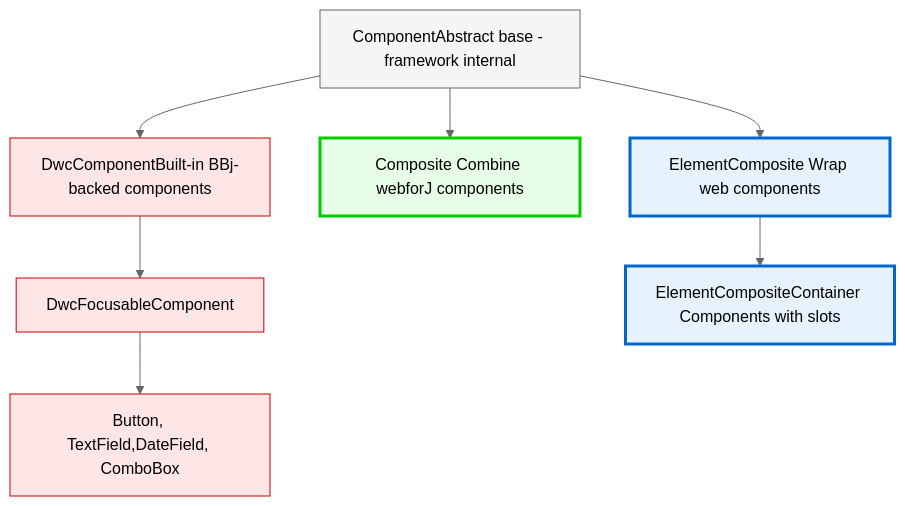
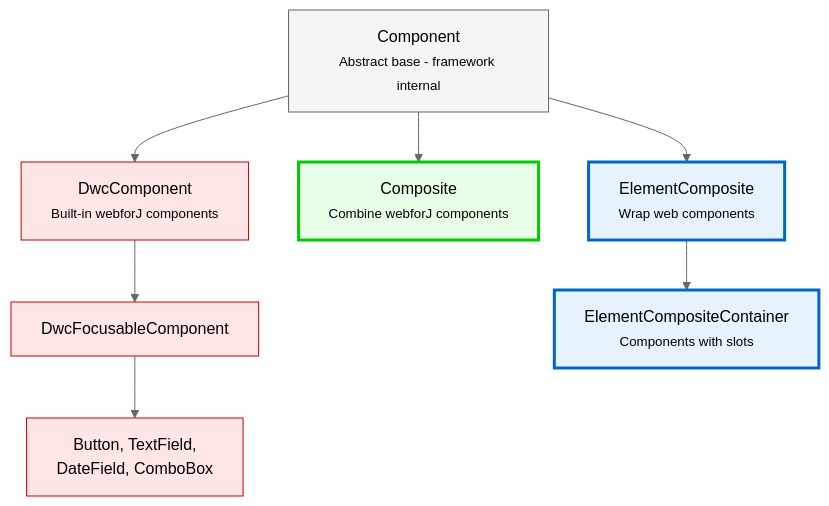
One commit to webforj/webforj-documentation changed the diagram in docs/docs/building-ui/component-fundamentals.md. Above: the diagram before and after it, drawn with Mermaid (neutral theme). The commit also changed other lines of this file and 4 other files, not shown here.

````diff
--- a/docs/docs/building-ui/component-fundamentals.md
+++ b/docs/docs/building-ui/component-fundamentals.md
@@ -55,24 +54,24 @@
 ```mermaid
 graph TD
-    A[ComponentAbstract base - framework internal]
+    A[Component<br/><small>Abstract base - framework internal</small>]
     
-    A --> B[DwcComponentBuilt-in BBj-backed components]
-    A --> C[Composite Combine webforJ components]
-    A --> D[ElementComposite Wrap web components]
+    A --> B[DwcComponent<br/><small>Built-in webforJ components</small>]
+    A --> C[Composite<br/><small>Combine webforJ components</small>]
+    A --> D[ElementComposite<br/><small>Wrap web components</small>]
     
     B --> E[DwcFocusableComponent]
-    E --> F[Button, TextField,DateField, ComboBox]
+    E --> F[Button, TextField,<br/>DateField, ComboBox]
     
-    D --> G[ElementCompositeContainer Components with slots]
+    D --> G[ElementCompositeContainer<br/><small>Components with slots</small>]
     
     style A fill:#f5f5f5,stroke:#666
     style B fill:#ffe6e6,stroke:#cc0000
     style C fill:#e6ffe6,stroke:#00cc00
     style D fill:#e6f3ff,stroke:#0066cc
     style G fill:#e6f3ff,stroke:#0066cc
     style E fill:#ffe6e6,stroke:#cc0000
     style F fill:#ffe6e6,stroke:#cc0000
     
     classDef userClass stroke-width:3px
     class C,D,G userClass
 ```
````
